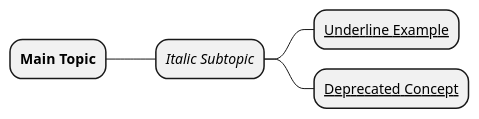
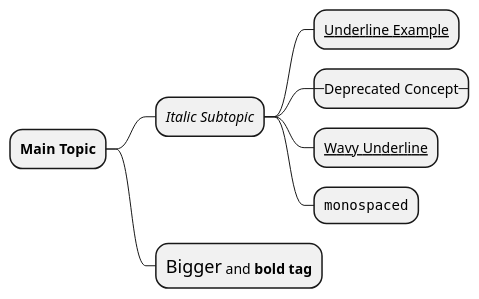
The fifth of 9 diagrams in skills/diagrammer/specs/plantuml/plantuml_mindmap.md (hgrabows/diagrammer-skills), drawn with PlantUML before and after one commit. The commit also changed other lines of this file and 127 other files, not shown here.

First line of the commit message:
feat: audit all specs, add example gallery, fix PlantUML and Gantt rendering

````diff
--- a/skills/diagrammer/specs/plantuml/plantuml_mindmap.md
+++ b/skills/diagrammer/specs/plantuml/plantuml_mindmap.md
@@ -93,8 +115,11 @@
 ```plantuml
 @startmindmap
 * **Main Topic**
 ** //Italic Subtopic//
 *** __Underline Example__
-*** ~~Deprecated Concept~~
+*** --Deprecated Concept--
+*** ~~Wavy Underline~~
+*** ""monospaced""
+** <size:18>Bigger</size> and <b>bold tag</b>
 @endmindmap
 ```
````
